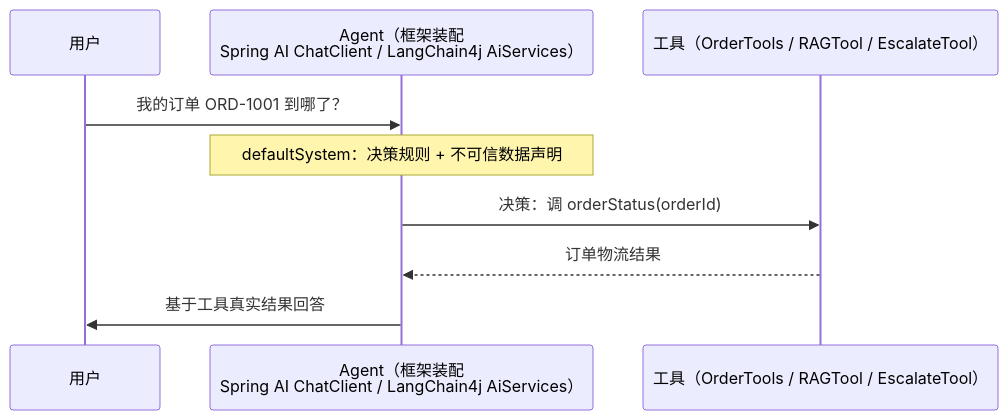
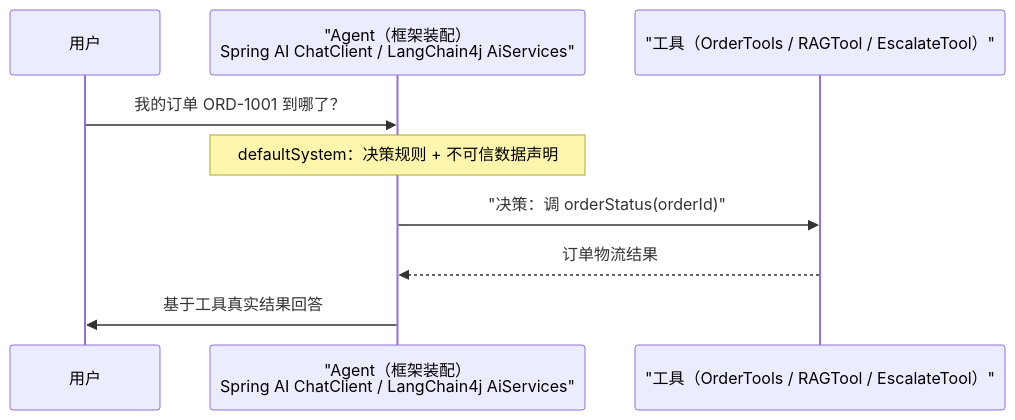
Before and after one commit to UranusGit/java-agent-learn: the second of 3 diagrams in docs/附录/Agent与提示词工程专题/16-框架提示词案例库.md, drawn with Mermaid. The commit also changed 137 other files, not shown here.

First line of the commit message:
docs全库mermaid图质量深化：改写残留字符画、补缺图、修坏图

````diff
--- a/docs/附录/Agent与提示词工程专题/16-框架提示词案例库.md
+++ b/docs/附录/Agent与提示词工程专题/16-框架提示词案例库.md
@@ -285,11 +285,11 @@
 ```mermaid
 sequenceDiagram
     participant U as 用户
-    participant A as Agent（框架装配<br/>Spring AI ChatClient / LangChain4j AiServices）
-    participant T as 工具（OrderTools / RAGTool / EscalateTool）
+    participant A as "Agent（框架装配）<br/>Spring AI ChatClient / LangChain4j AiServices"
+    participant T as "工具（OrderTools / RAGTool / EscalateTool）"
     U->>A: 我的订单 ORD-1001 到哪了？
     Note over A: defaultSystem：决策规则 + 不可信数据声明
-    A->>T: 决策：调 orderStatus(orderId)
+    A->>T: "决策：调 orderStatus(orderId)"
     T-->>A: 订单物流结果
     A->>U: 基于工具真实结果回答
 ```
````
